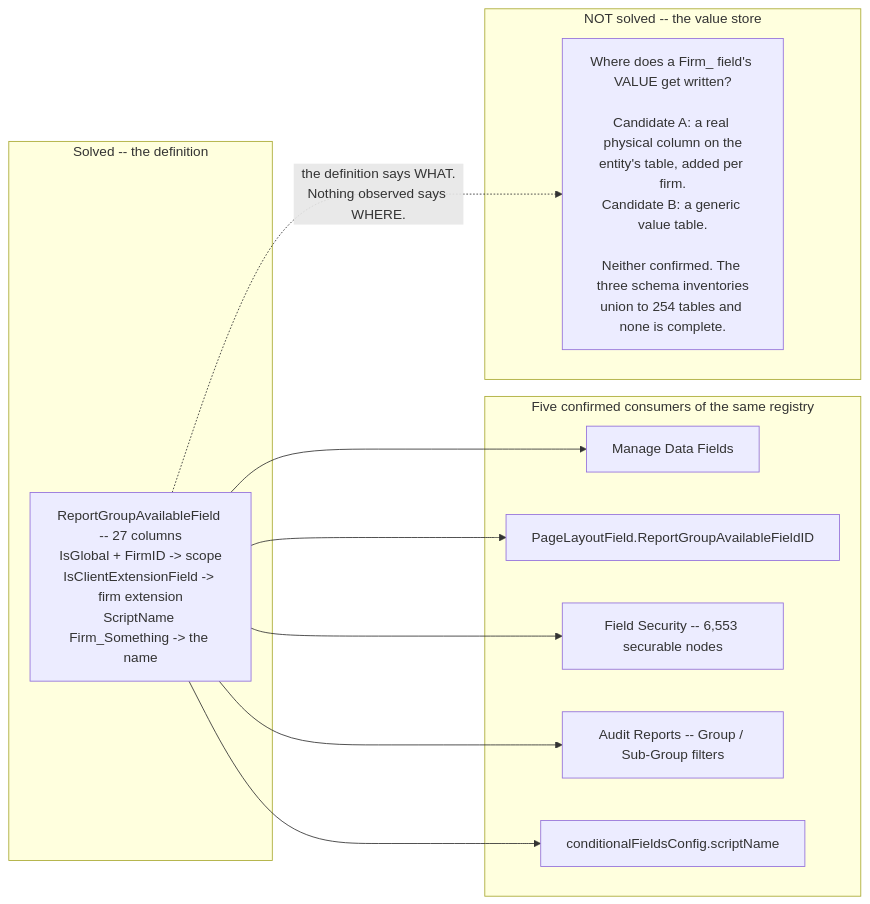
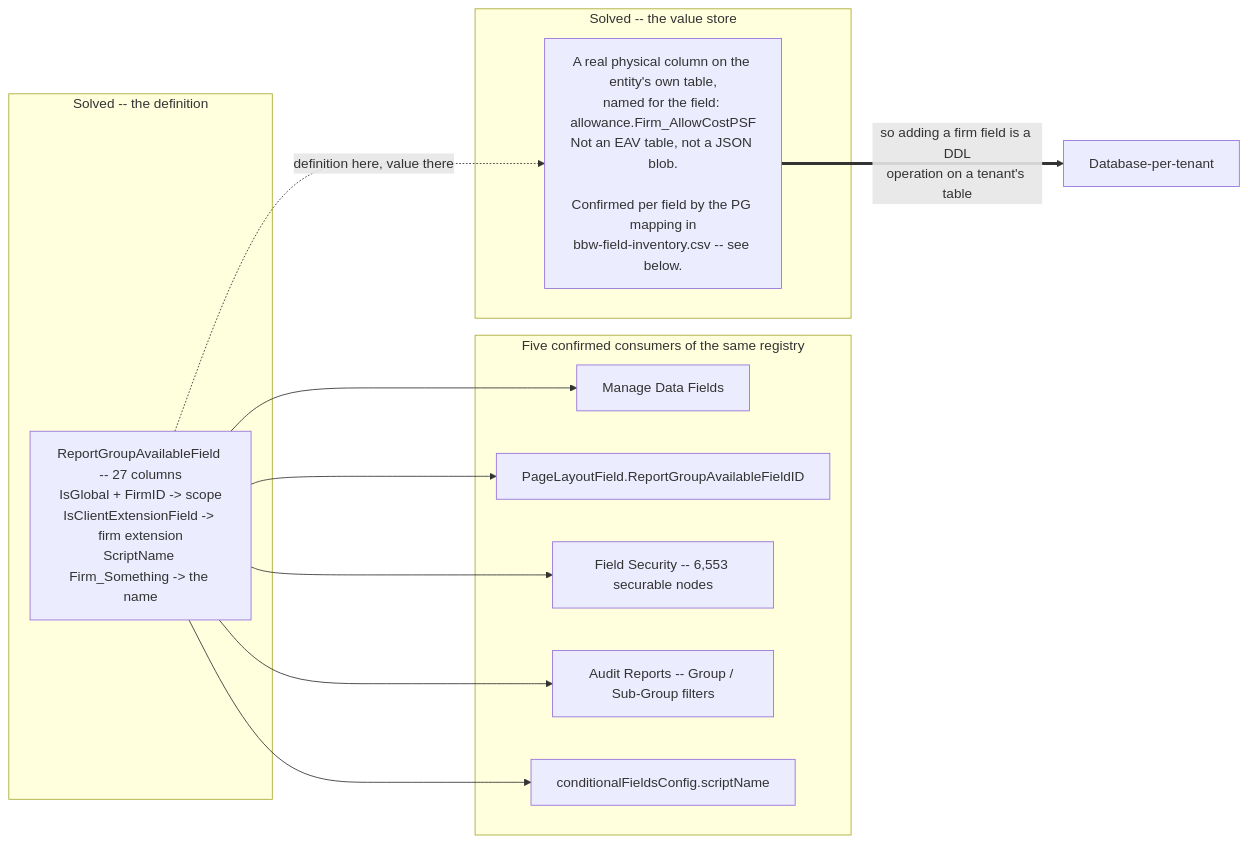
Before and after one commit to shashanksaxena-tz/lucernex-atlas: the diagram in docs/features/data-fields/README.md, drawn with Mermaid. The commit also changed other lines of this file and 490 other files, not shown here.

````diff
--- a/docs/features/data-fields/README.md
+++ b/docs/features/data-fields/README.md
@@ -117,25 +117,26 @@
 ```mermaid
 flowchart LR
     subgraph SOLVED["Solved -- the definition"]
         RGAF["ReportGroupAvailableField -- 27 columns<br/>IsGlobal + FirmID -> scope<br/>IsClientExtensionField -> firm extension<br/>ScriptName Firm_Something -> the name"]
     end
 
     subgraph CONS["Five confirmed consumers of the same registry"]
         C1["Manage Data Fields"]
         C2["PageLayoutField.ReportGroupAvailableFieldID"]
         C3["Field Security -- 6,553 securable nodes"]
         C4["Audit Reports -- Group / Sub-Group filters"]
         C5["conditionalFieldsConfig.scriptName"]
     end
 
-    subgraph OPEN["NOT solved -- the value store"]
-        Q["Where does a Firm_ field's VALUE get written?<br/><br/>Candidate A: a real physical column on the<br/>entity's table, added per firm.<br/>Candidate B: a generic value table.<br/><br/>Neither confirmed. The three schema inventories<br/>union to 254 tables and none is complete."]
+    subgraph STORE["Solved -- the value store"]
+        Q["A real physical column on the entity's own table,<br/>named for the field: allowance.Firm_AllowCostPSF<br/>Not an EAV table, not a JSON blob.<br/><br/>Confirmed per field by the PG mapping in<br/>bbw-field-inventory.csv -- see below."]
     end
 
     RGAF --> C1
     RGAF --> C2
     RGAF --> C3
     RGAF --> C4
     RGAF --> C5
-    RGAF -.->|"the definition says WHAT.<br/>Nothing observed says WHERE."| Q
+    RGAF -.->|"definition here, value there"| Q
+    Q ==>|"so adding a firm field is a DDL<br/>operation on a tenant's table"| DDL["Database-per-tenant"]
 ```
````
